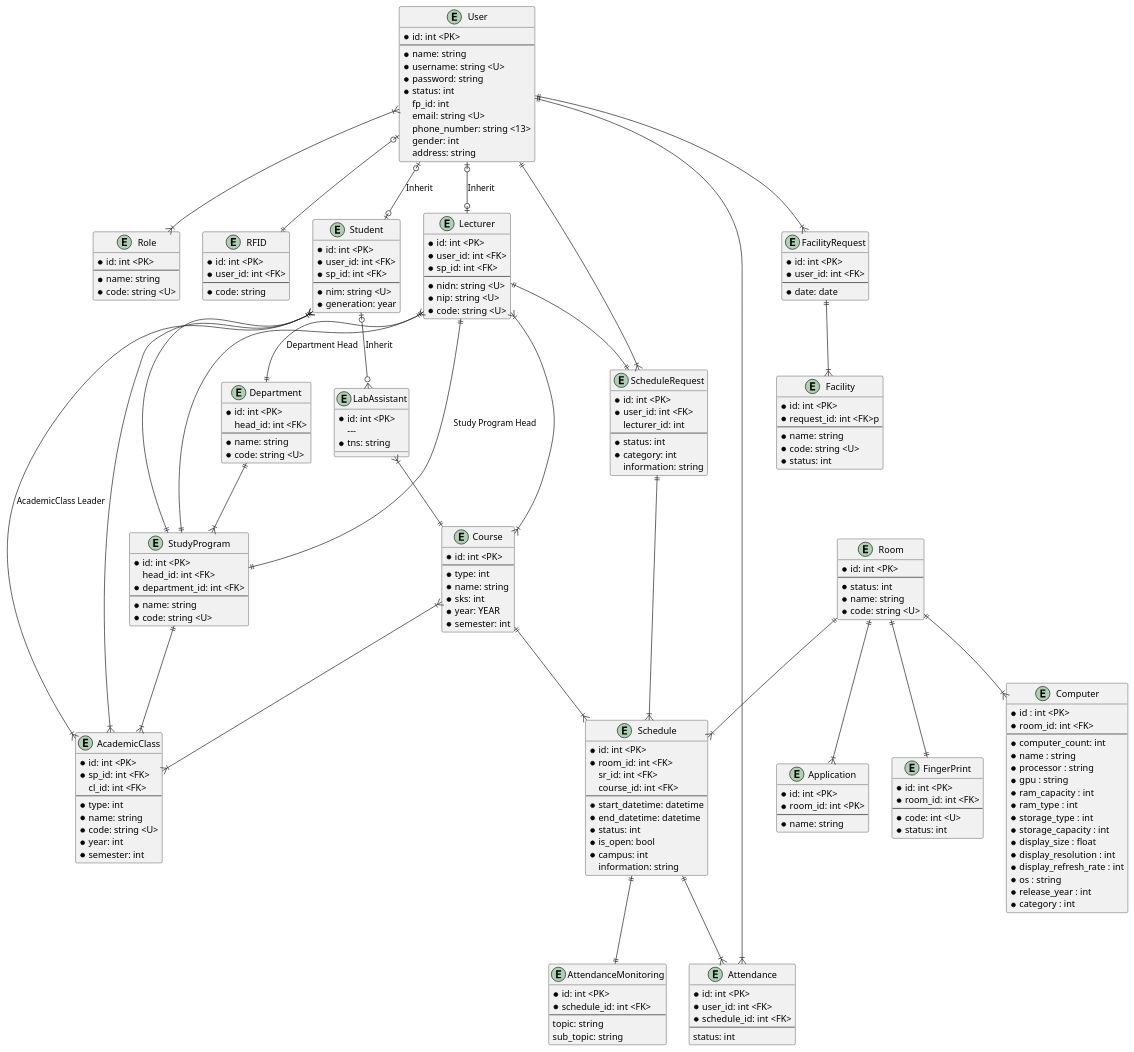
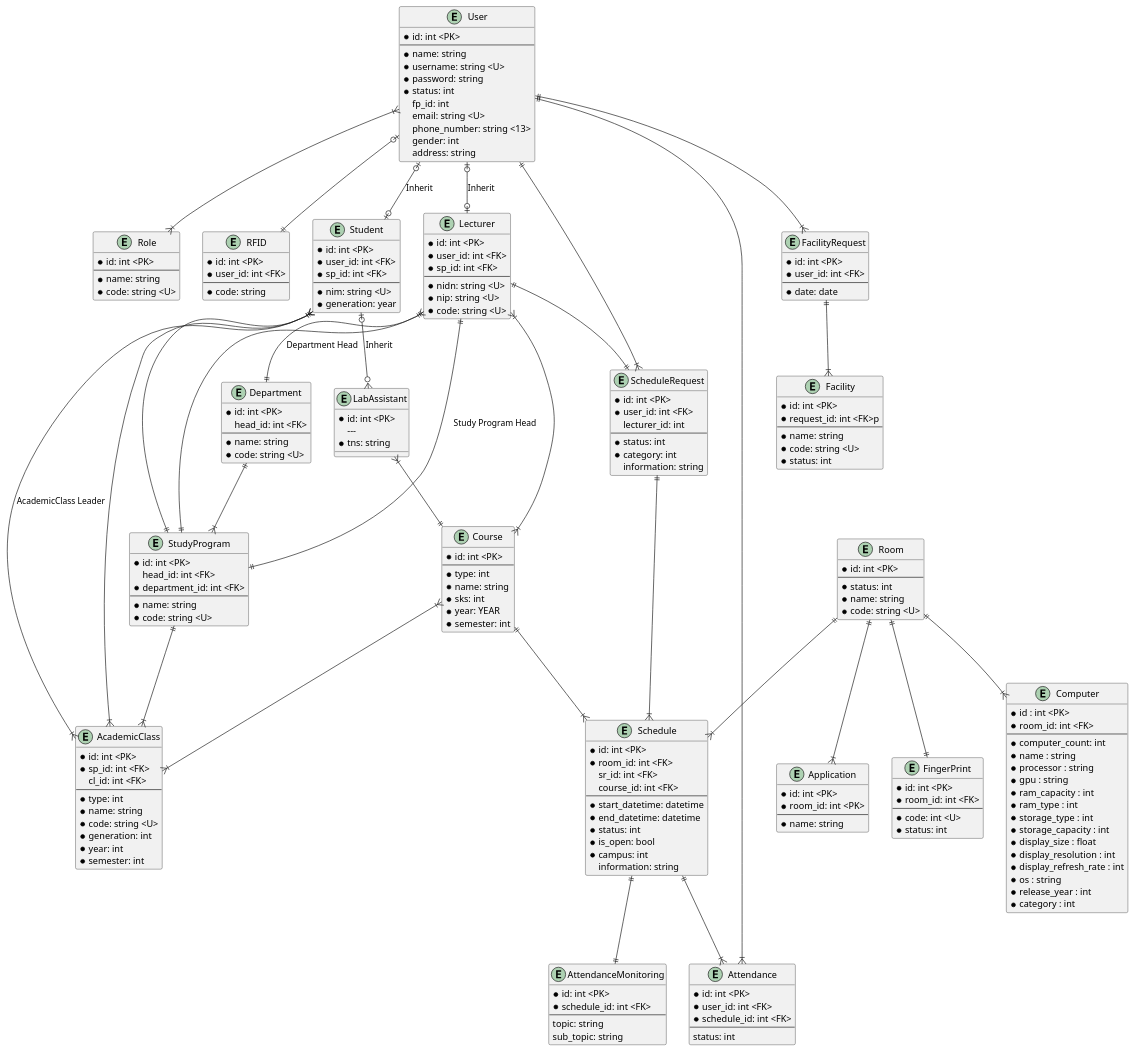
The diagram in docs/erd.plantuml (codebaradev/Simlab), drawn with PlantUML before and after one commit. The commit also changed 9 other files, not shown here.

```diff
--- a/docs/erd.plantuml
+++ b/docs/erd.plantuml
@@ -164,6 +164,7 @@
     * type: int
     * name: string
     * code: string <U>
+    * generation: int
     * year: int
     * semester: int
 }
```
